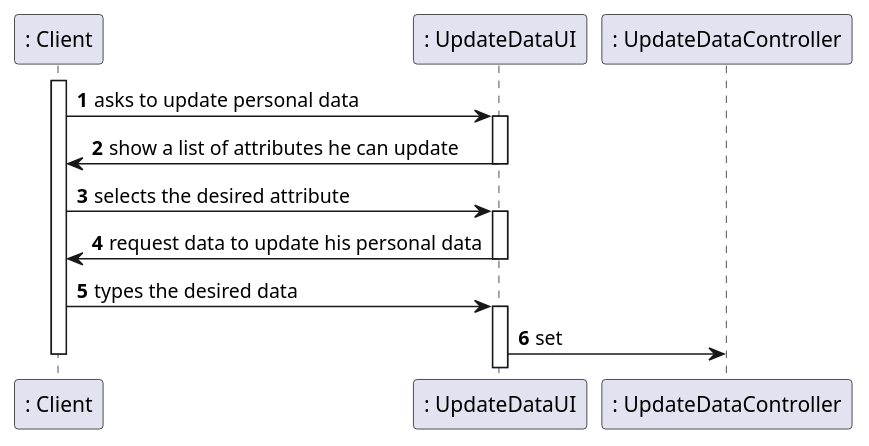
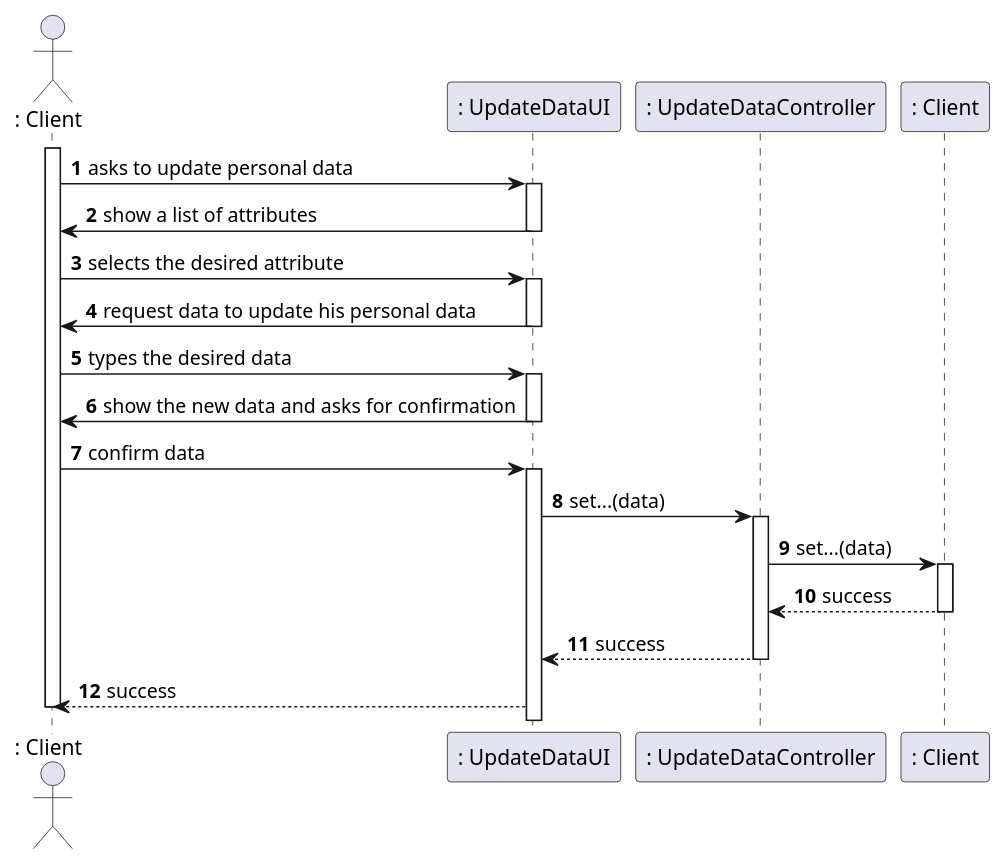
One commit to manu-07-ela/LAPR2_ISEP changed the diagram in docs/SprintD/US02/US02_SD.puml. Above: the diagram before and after it, drawn with PlantUML. The commit also changed 6 other files, not shown here.

```diff
--- a/docs/SprintD/US02/US02_SD.puml
+++ b/docs/SprintD/US02/US02_SD.puml
@@ -1,29 +1,41 @@
 @startuml
 'https://plantuml.com/sequence-diagram
 
 autonumber
+actor ": Client" as CL
 
-participant ": Client" as CL
 participant ": UpdateDataUI" as UI
 participant ": UpdateDataController" as CTRL
+participant ": Client" as CLD
 
 
 activate CL
 CL -> UI : asks to update personal data
 activate UI
-UI -> CL : show a list of attributes he can update
+UI -> CL : show a list of attributes
 deactivate UI
 CL -> UI : selects the desired attribute
 activate UI
 UI -> CL : request data to update his personal data
 deactivate UI
 CL -> UI : types the desired data
 activate UI
-UI -> CTRL : set
-
+UI -> CL : show the new data and asks for confirmation
+deactivate UI
+CL -> UI : confirm data
+activate UI
+UI -> CTRL : set...(data)
+activate CTRL
+CTRL -> CLD : set...(data)
+activate CLD
+CLD --> CTRL : success
+deactivate CLD
+CTRL --> UI : success
+deactivate CTRL
+UI --> CL : success
 
 
 
 deactivate CL
 
 @enduml
```
